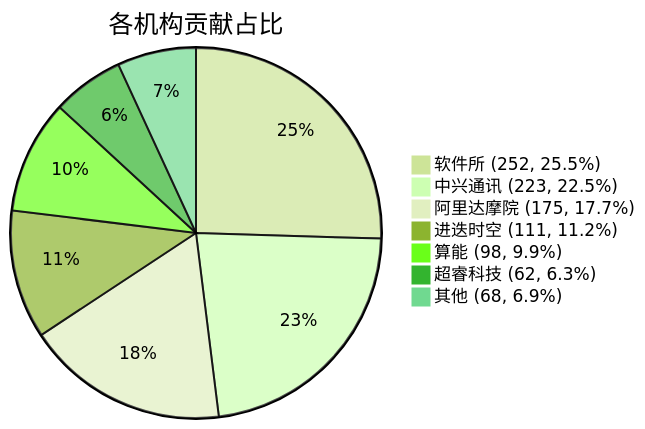
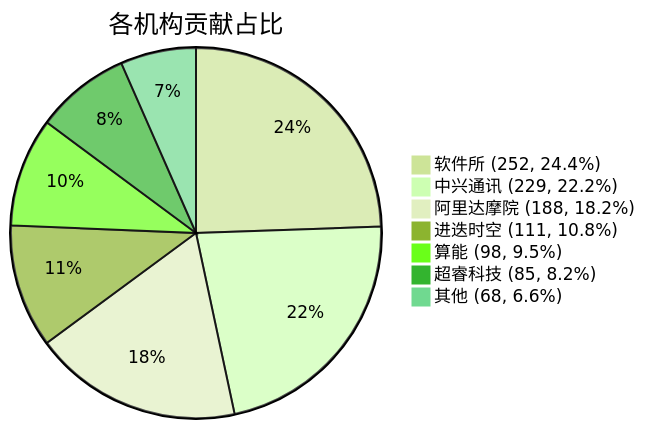
The diagram in docs/index.md (RVCK-Project/rvck), drawn with Mermaid (forest theme) before and after one commit. The commit also changed other lines of this file and 8 other files, not shown here.

````diff
--- a/docs/index.md
+++ b/docs/index.md
@@ -31,10 +31,10 @@
 ```mermaid
 pie title 各机构贡献占比
-    "软件所 (252, 25.5%)" : 252
-    "中兴通讯 (223, 22.5%)" : 223
-    "阿里达摩院 (175, 17.7%)" : 175
-    "进迭时空 (111, 11.2%)" : 111
-    "算能 (98, 9.9%)" : 98
-    "超睿科技 (62, 6.3%)" : 62
-    "其他 (68, 6.9%)" : 68
+    "软件所 (252, 24.4%)" : 252
+    "中兴通讯 (229, 22.2%)" : 229
+    "阿里达摩院 (188, 18.2%)" : 188
+    "进迭时空 (111, 10.8%)" : 111
+    "算能 (98, 9.5%)" : 98
+    "超睿科技 (85, 8.2%)" : 85
+    "其他 (68, 6.6%)" : 68
 ```
````
